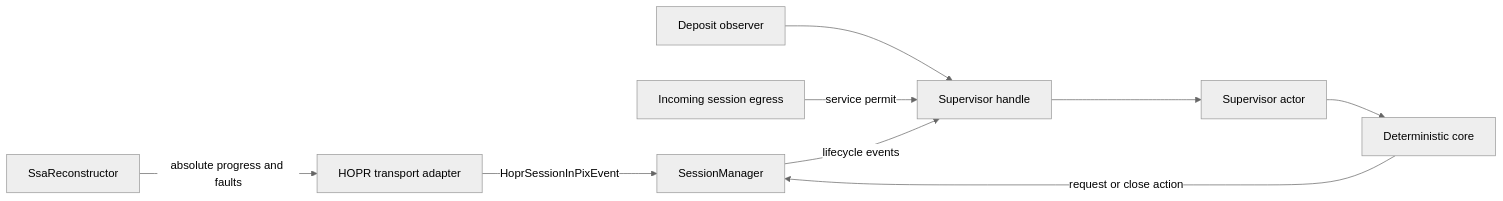
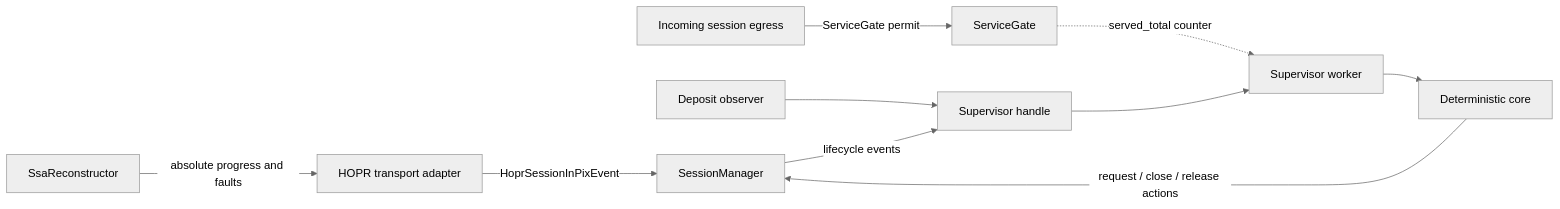
The first of 2 diagrams in session-pix-supervisor.md (hoprnet/hoprnet), drawn with Mermaid (neutral theme) before and after one commit. The commit also changed other lines of this file, not shown here.

Commit message:
chore: updated supervisor plan

````diff
--- a/session-pix-supervisor.md
+++ b/session-pix-supervisor.md
@@ -50,11 +162,12 @@
 ```mermaid
 graph LR
     R[SsaReconstructor] -->|absolute progress and faults| T[HOPR transport adapter]
     T -->|HoprSessionInPixEvent| M[SessionManager]
     D[Deposit observer] --> H[Supervisor handle]
-    E[Incoming session egress] -->|service permit| H
+    E[Incoming session egress] -->|ServiceGate permit| G[ServiceGate]
+    G -.->|served_total counter| W[Supervisor worker]
     M -->|lifecycle events| H
-    H --> A[Supervisor actor]
-    A --> C[Deterministic core]
-    C -->|request or close action| M
+    H --> W
+    W --> C[Deterministic core]
+    C -->|request / close / release actions| M
 ```
````
